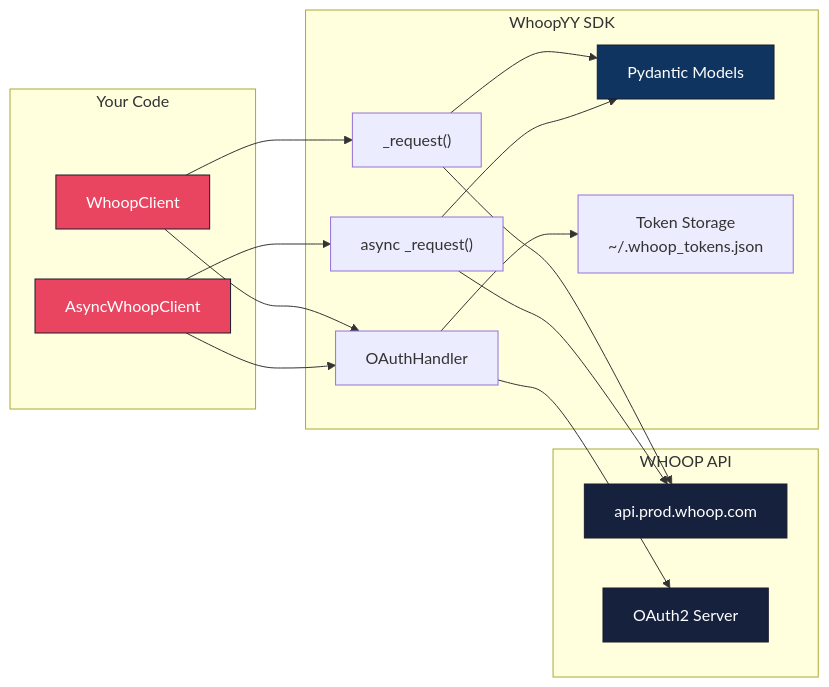
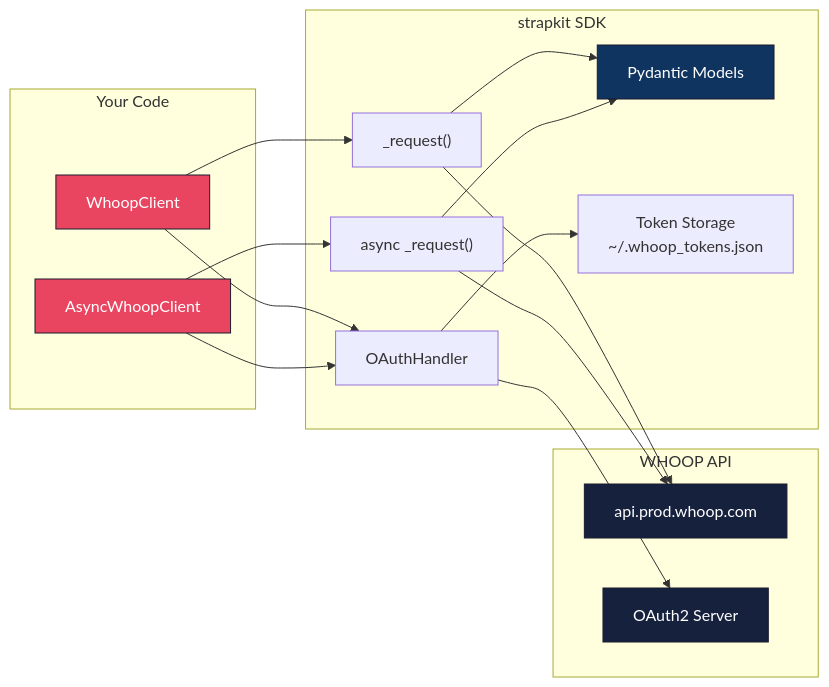
Before and after one commit to ponderrr/whoopyy: the first of 6 diagrams in README.md, drawn with Mermaid. The commit also changed other lines of this file and 45 other files, not shown here.

````diff
--- a/README.md
+++ b/README.md
@@ -121,29 +123,29 @@
 ```mermaid
 graph LR
     subgraph Your Code
         A[WhoopClient]
         B[AsyncWhoopClient]
     end
 
-    subgraph WhoopYY SDK
+    subgraph strapkit SDK
         A --> C[OAuthHandler]
         B --> C
         A --> D["_request()"]
         B --> E["async _request()"]
         D --> F[Pydantic Models]
         E --> F
         C --> G[Token Storage<br>~/.whoop_tokens.json]
     end
 
     subgraph WHOOP API
         D --> H[api.prod.whoop.com]
         E --> H
         C --> I[OAuth2 Server]
     end
 
     style A fill:#e94560,stroke:#1a1a2e,color:#fff
     style B fill:#e94560,stroke:#1a1a2e,color:#fff
     style F fill:#0f3460,stroke:#1a1a2e,color:#fff
     style H fill:#16213e,stroke:#1a1a2e,color:#fff
     style I fill:#16213e,stroke:#1a1a2e,color:#fff
 ```
````
